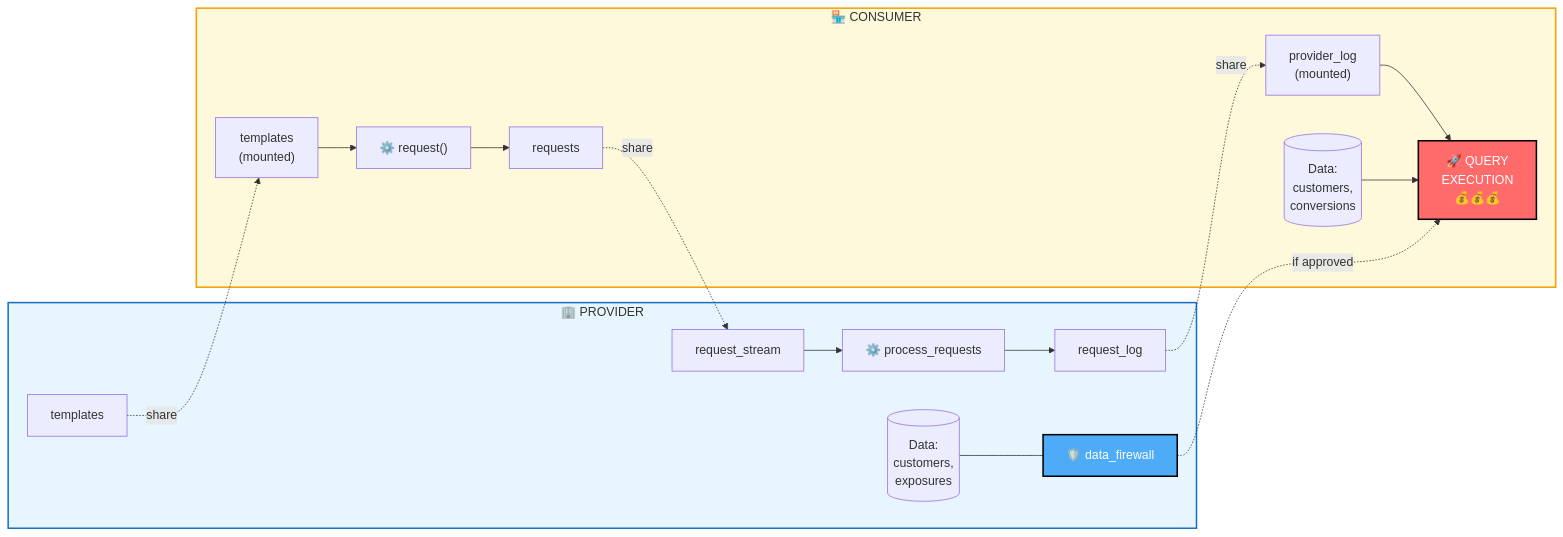
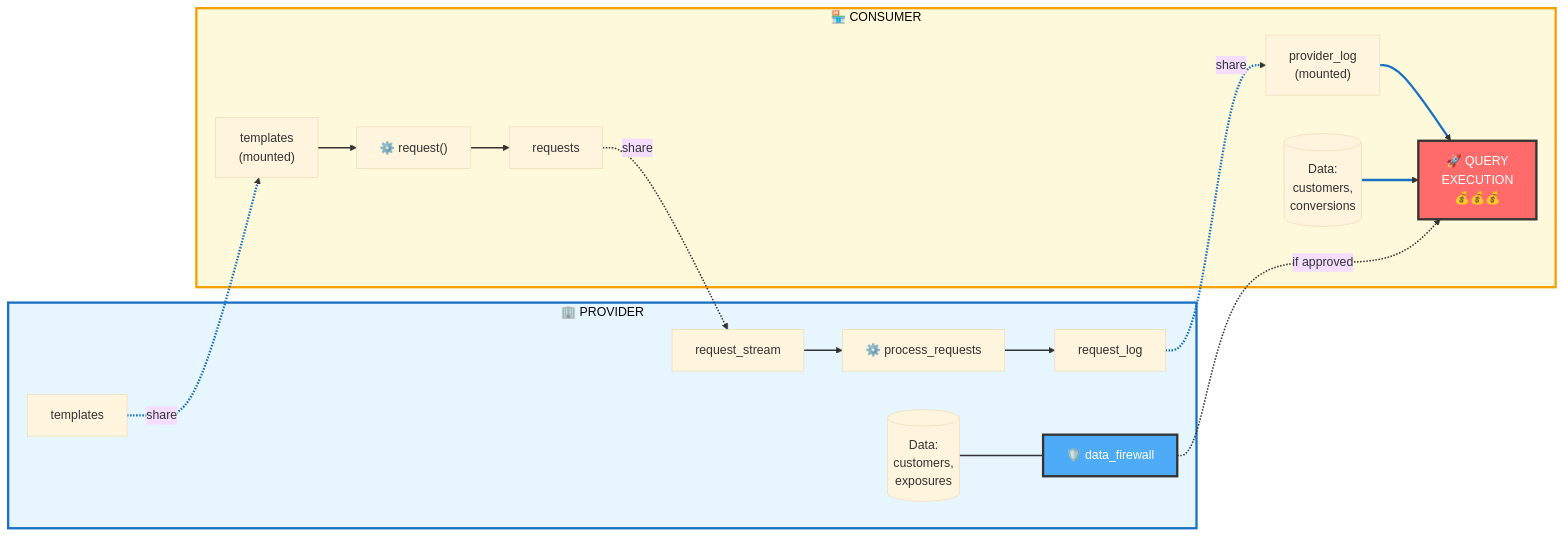
Before and after one commit to sfc-gh-vshiv/sfquickstart-data-clean-room: the first of 4 diagrams in DCR_Flow_and_Cost_Guide.md, drawn with Mermaid. The commit also changed 1 other file, not shown here.

Commit message:
Enhance DCR Flow and Cost Guide Mermaid diagrams with updated styles and configurations for improved visual clarity and consistency, including adjustments to stroke widths and colors for both advertiser and provider flows.

````diff
--- a/DCR_Flow_and_Cost_Guide.md
+++ b/DCR_Flow_and_Cost_Guide.md
@@ -20,37 +20,41 @@
 ```mermaid
+%%{init: {'theme': 'base', 'themeVariables': {'lineColor': '#333333'}}}%%
 flowchart LR
     subgraph PROVIDER["🏢 PROVIDER"]
         PD[("Data:<br/>customers,<br/>exposures")]
         PDF["🛡️ data_firewall"]
         PT["templates"]
         PRL["request_log"]
         PRS["request_stream"]
         PPR["⚙️ process_requests"]
         
         PD --- PDF
         PRS --> PPR --> PRL
     end
     
     subgraph CONSUMER["🏪 CONSUMER"]
         CD[("Data:<br/>customers,<br/>conversions")]
         CT["templates<br/>(mounted)"]
         CPL["provider_log<br/>(mounted)"]
         CRQ["requests"]
         CRP["⚙️ request()"]
         CQE["🚀 QUERY<br/>EXECUTION<br/>💰💰💰"]
         
         CT --> CRP --> CRQ
         CPL --> CQE
         CD --> CQE
     end
     
     PT -.->|"share"| CT
     PRL -.->|"share"| CPL
     CRQ -.->|"share"| PRS
     PDF -.->|"if approved"| CQE
     
-    style PROVIDER fill:#e7f5ff,stroke:#1971c2,stroke-width:2px
-    style CONSUMER fill:#fff9db,stroke:#f59f00,stroke-width:2px
-    style CQE fill:#ff6b6b,stroke:#000,stroke-width:2px,color:#fff
-    style PDF fill:#4dabf7,stroke:#000,stroke-width:2px,color:#fff
+    style PROVIDER fill:#e7f5ff,stroke:#1971c2,stroke-width:3px
+    style CONSUMER fill:#fff9db,stroke:#f59f00,stroke-width:3px
+    style CQE fill:#ff6b6b,stroke:#333,stroke-width:3px,color:#fff
+    style PDF fill:#4dabf7,stroke:#333,stroke-width:3px,color:#fff
+    
+    linkStyle default stroke:#333,stroke-width:2px
+    linkStyle 5,6,7,8 stroke:#1971c2,stroke-width:3px
 ```
````
